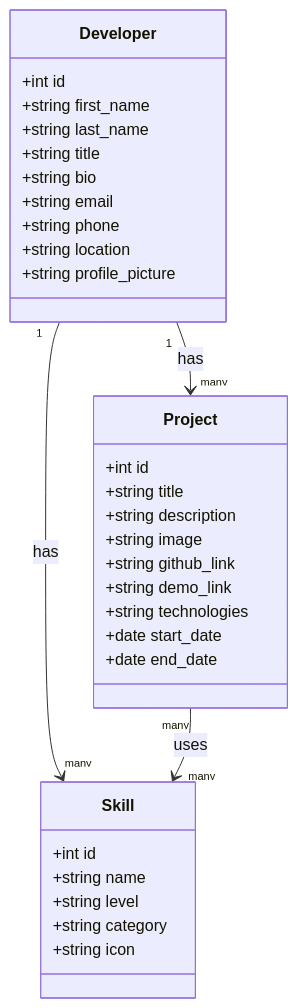
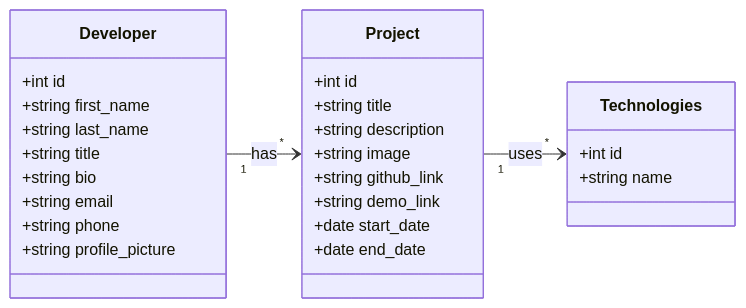
The diagram in Conception/class_diagram.mmd (BENYEKHLEF-Anouar/Portfolio-developpeur), drawn with Mermaid before and after one commit. The commit also changed 23 other files, not shown here.

```diff
--- a/Conception/class_diagram.mmd
+++ b/Conception/class_diagram.mmd
@@ -1,38 +1,33 @@
 classDiagram
+    direction LR
+
     class Developer {
         +int id
         +string first_name
         +string last_name
         +string title
         +string bio
         +string email
         +string phone
-        +string location
         +string profile_picture
-    }
-
-    class Skill {
-        +int id
-        +string name
-        +string level
-        +string category
-        +string icon
     }
 
     class Project {
         +int id
         +string title
         +string description
         +string image
         +string github_link
         +string demo_link
-        +string technologies
         +date start_date
         +date end_date
+    }
 
+    class Technologies {
+        +int id
+        +string name
     }
 
     %% Relationships
-    Developer "1" --> "many" Project : has
-    Developer "1" --> "many" Skill : has
-    Project "many" --> "many" Skill : uses
+    Developer "1" --> "*" Project : has
+    Project "1" --> "*" Technologies : uses
```
